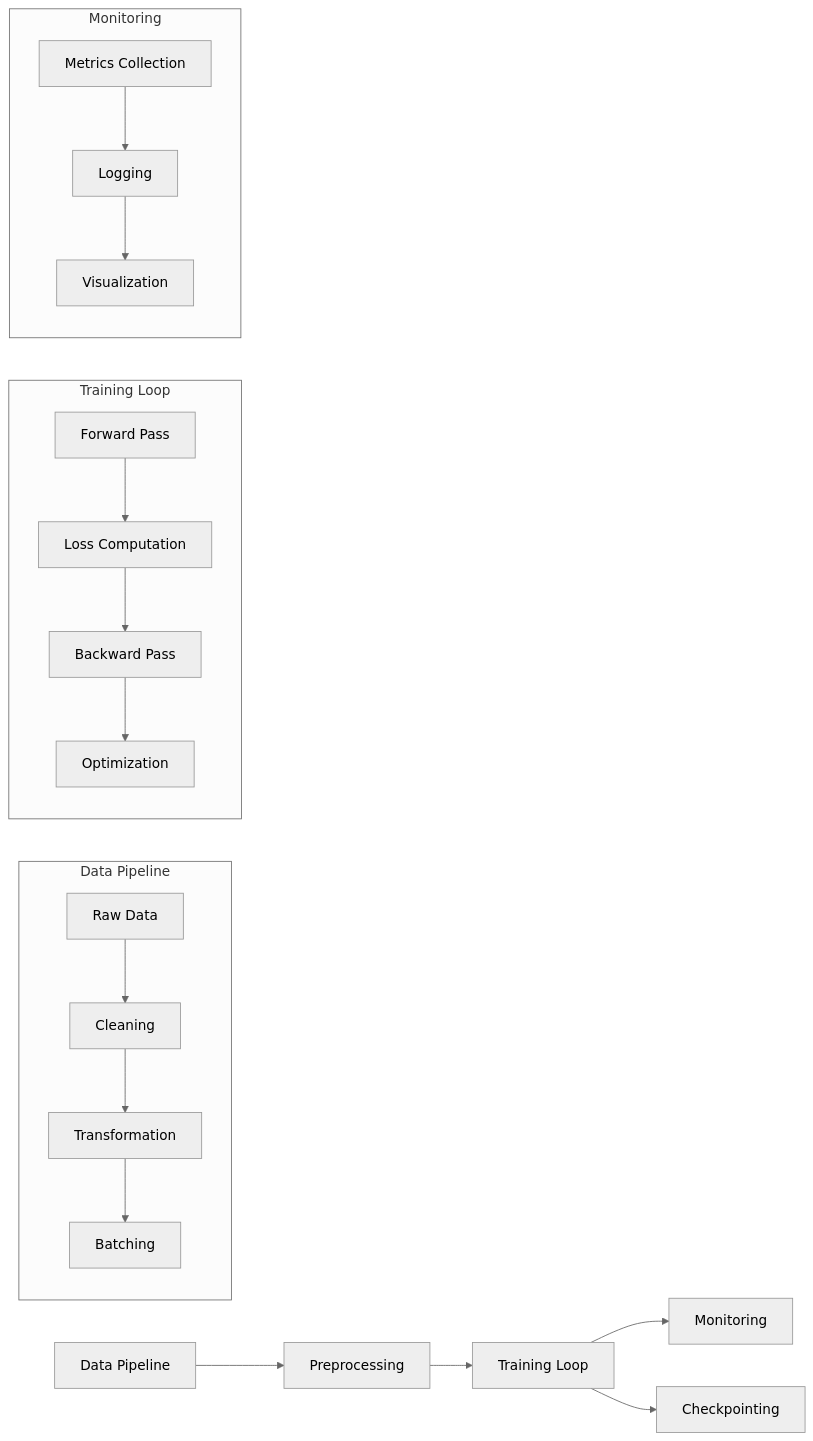
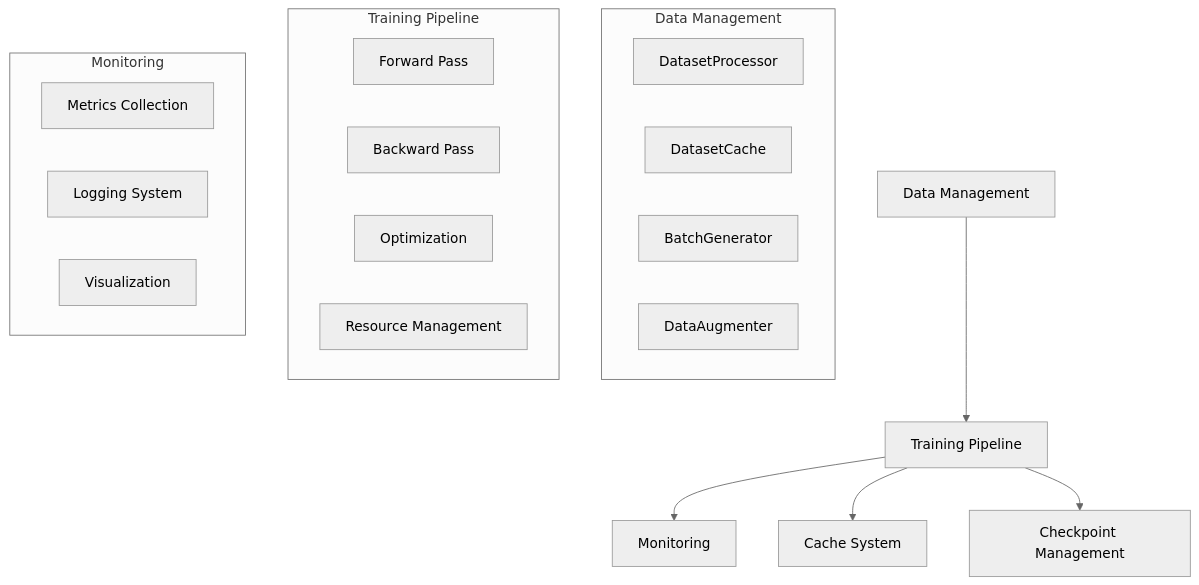
One commit to zachshallbetter/LlamaHome changed the second of 4 diagrams in docs/Architecture.md. Above: the diagram before and after it, drawn with Mermaid (neutral theme). The commit also changed other lines of this file and 5 other files, not shown here.

Commit message:
All the detailed information about architecture, implementation, and advanced features is now properly organized in the docs directory

````diff
--- a/docs/Architecture.md
+++ b/docs/Architecture.md
@@ -69,24 +69,27 @@
 ```mermaid
-graph LR
-    Data[Data Pipeline] --> Preprocess[Preprocessing]
-    Preprocess --> Train[Training Loop]
-    Train --> Monitor[Monitoring]
-    Train --> Checkpoint[Checkpointing]
+graph TB
+    Data[Data Management] --> Training[Training Pipeline]
+    Training --> Monitor[Monitoring]
+    Training --> Cache[Cache System]
+    Training --> Checkpoint[Checkpoint Management]
     
-    subgraph Data Pipeline
-        Raw[Raw Data] --> Clean[Cleaning]
-        Clean --> Transform[Transformation]
-        Transform --> Batch[Batching]
+    subgraph Data Management
+        DataProcessor[DatasetProcessor]
+        DataCache[DatasetCache]
+        BatchGen[BatchGenerator]
+        Augment[DataAugmenter]
     end
     
-    subgraph Training Loop
-        Forward[Forward Pass] --> Loss[Loss Computation]
-        Loss --> Backward[Backward Pass]
-        Backward --> Optimize[Optimization]
+    subgraph Training Pipeline
+        Forward[Forward Pass]
+        Backward[Backward Pass]
+        Optimize[Optimization]
+        Resource[Resource Management]
     end
     
     subgraph Monitoring
-        Metrics[Metrics Collection] --> Log[Logging]
-        Log --> Visual[Visualization]
+        Metrics[Metrics Collection]
+        Logger[Logging System]
+        Visual[Visualization]
     end
 ```
````
